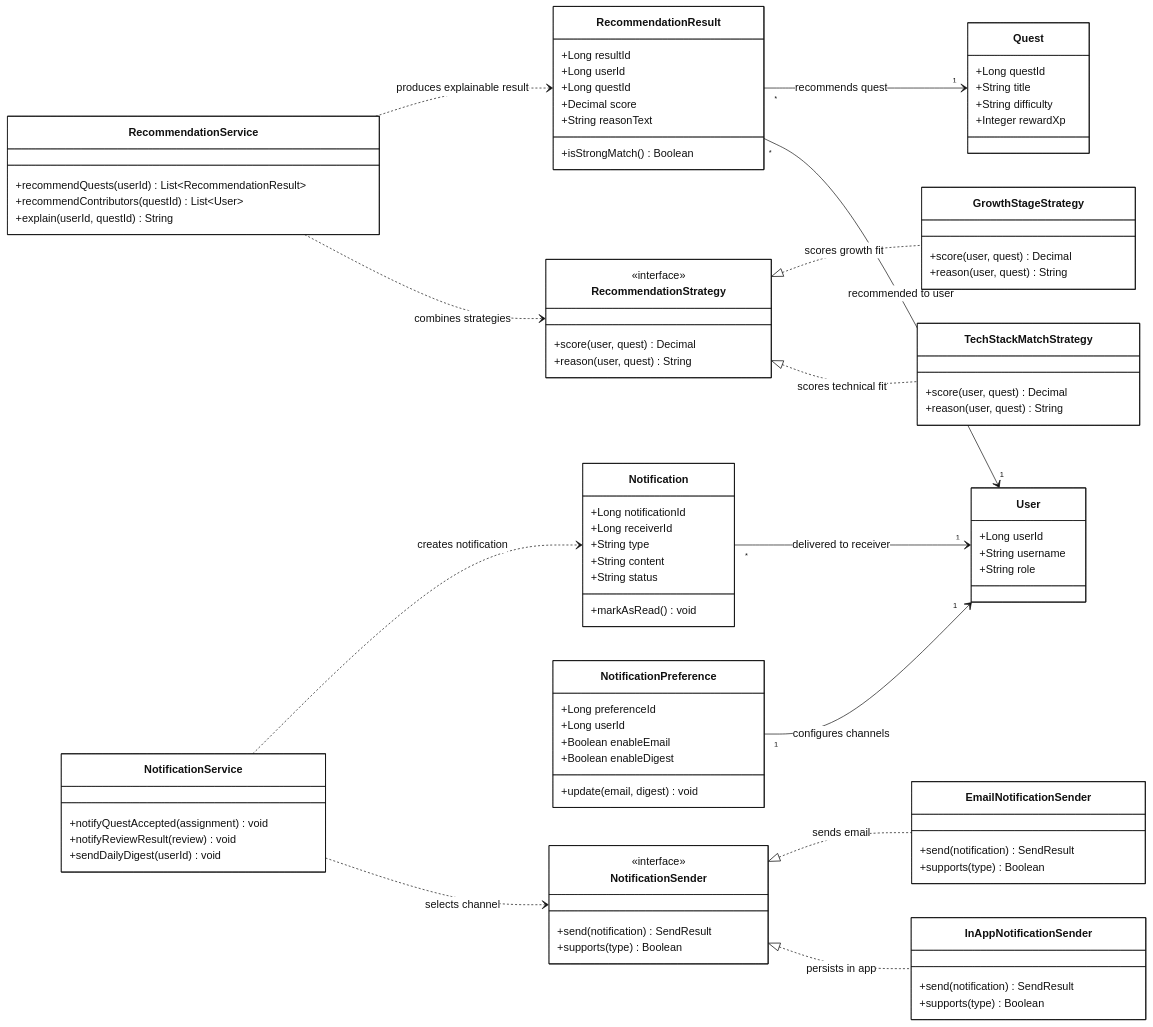
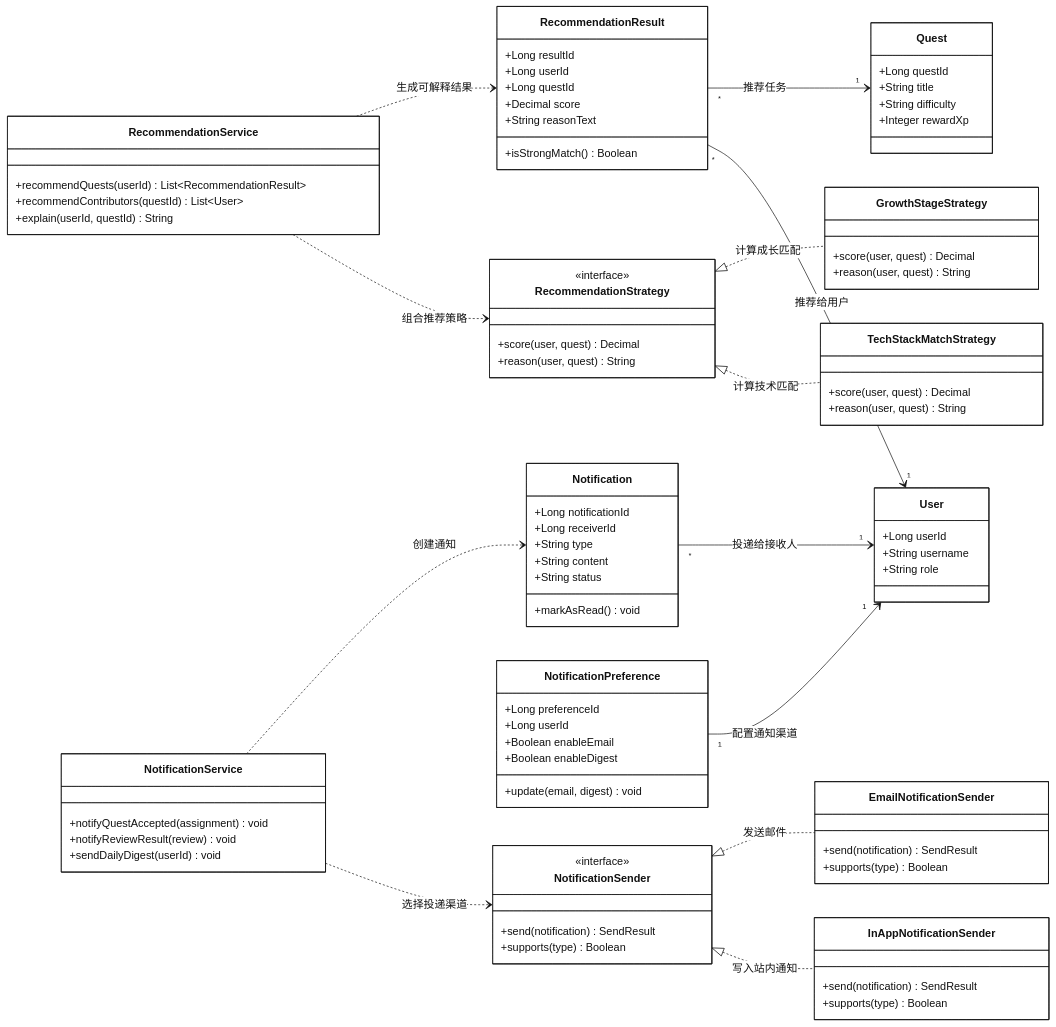
Before and after one commit to ZhenchangMin/Git-Guild: the fourth of 4 diagrams in docs/P3/核心类图.md, drawn with Mermaid. The commit also changed other lines of this file, not shown here.

Commit message:
修改核心类图

````diff
--- a/docs/P3/核心类图.md
+++ b/docs/P3/核心类图.md
@@ -464,16 +464,16 @@
         +sendDailyDigest(userId) void
     }
 
-    RecommendationStrategy <|.. TechStackMatchStrategy : scores technical fit
-    RecommendationStrategy <|.. GrowthStageStrategy : scores growth fit
-    RecommendationService ..> RecommendationStrategy : combines strategies
-    RecommendationService ..> RecommendationResult : produces explainable result
-    RecommendationResult "*" --> "1" User : recommended to user
-    RecommendationResult "*" --> "1" Quest : recommends quest
-    Notification "*" --> "1" User : delivered to receiver
-    NotificationPreference "1" --> "1" User : configures channels
-    NotificationSender <|.. InAppNotificationSender : persists in app
-    NotificationSender <|.. EmailNotificationSender : sends email
-    NotificationService ..> NotificationSender : selects channel
-    NotificationService ..> Notification : creates notification
+    RecommendationStrategy <|.. TechStackMatchStrategy : 计算技术匹配
+    RecommendationStrategy <|.. GrowthStageStrategy : 计算成长匹配
+    RecommendationService ..> RecommendationStrategy : 组合推荐策略
+    RecommendationService ..> RecommendationResult : 生成可解释结果
+    RecommendationResult "*" --> "1" User : 推荐给用户
+    RecommendationResult "*" --> "1" Quest : 推荐任务
+    Notification "*" --> "1" User : 投递给接收人
+    NotificationPreference "1" --> "1" User : 配置通知渠道
+    NotificationSender <|.. InAppNotificationSender : 写入站内通知
+    NotificationSender <|.. EmailNotificationSender : 发送邮件
+    NotificationService ..> NotificationSender : 选择投递渠道
+    NotificationService ..> Notification : 创建通知
 ```
````
